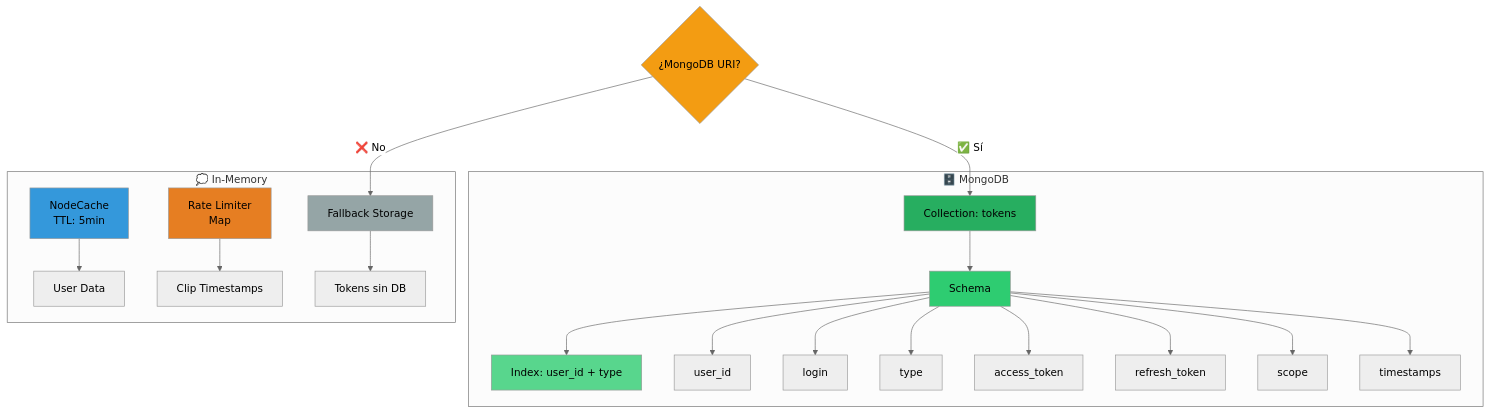
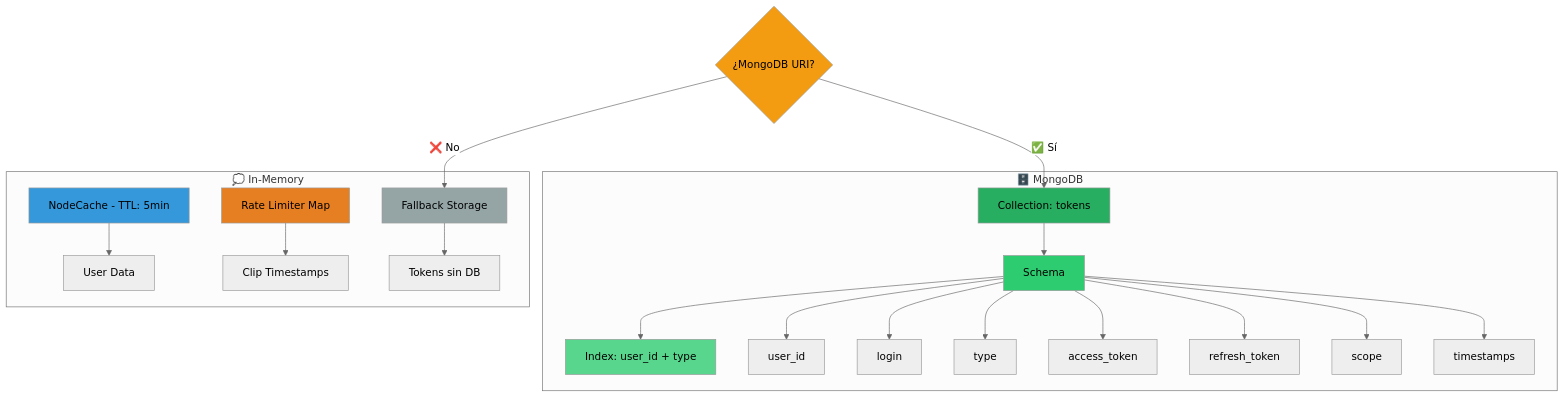
One commit to Ponss17/Followage-api changed the eighth of 12 diagrams in API_FLOWCHART.md. Above: the diagram before and after it, drawn with Mermaid (neutral theme). The commit also changed other lines of this file, not shown here.

````diff
--- a/API_FLOWCHART.md
+++ b/API_FLOWCHART.md
@@ -363,41 +363,41 @@
 ```mermaid
 graph TB
     subgraph "🗄️ MongoDB"
         MONGO_COLL[Collection: tokens]
         MONGO_SCHEMA[Schema]
         MONGO_INDEX[Index: user_id + type]
         
         MONGO_COLL --> MONGO_SCHEMA
         MONGO_SCHEMA --> MONGO_INDEX
         
         MONGO_SCHEMA --> F1[user_id]
         MONGO_SCHEMA --> F2[login]
         MONGO_SCHEMA --> F3[type]
         MONGO_SCHEMA --> F4[access_token]
         MONGO_SCHEMA --> F5[refresh_token]
         MONGO_SCHEMA --> F6[scope]
         MONGO_SCHEMA --> F7[timestamps]
     end
     
     subgraph "💭 In-Memory"
-        CACHE[NodeCache<br/>TTL: 5min]
-        RATE[Rate Limiter<br/>Map]
+        CACHE["NodeCache - TTL: 5min"]
+        RATE["Rate Limiter Map"]
         FALLBACK[Fallback Storage]
         
         CACHE --> CACHE_USER[User Data]
         RATE --> RATE_CLIPS[Clip Timestamps]
         FALLBACK --> FALLBACK_TOKENS[Tokens sin DB]
     end
     
     CHECK{¿MongoDB URI?}
     CHECK -->|✅ Sí| MONGO_COLL
     CHECK -->|❌ No| FALLBACK
     
     style MONGO_COLL fill:#27AE60
     style MONGO_SCHEMA fill:#2ECC71
     style MONGO_INDEX fill:#58D68D
     style CACHE fill:#3498DB
     style RATE fill:#E67E22
     style FALLBACK fill:#95A5A6
     style CHECK fill:#F39C12
 ```
````
